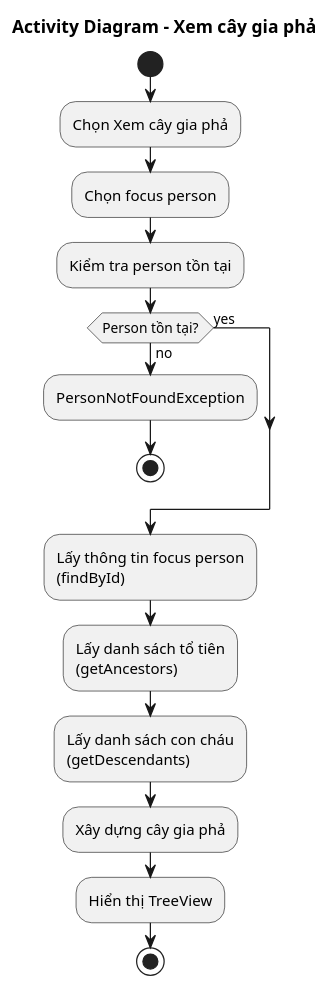
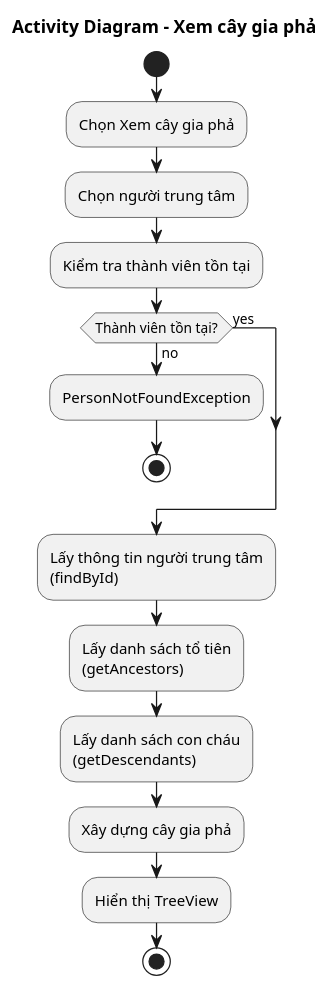
Before and after one commit to minhchien170704/do-an-gia-pha: the diagram in docs/uml/activity-family-tree.puml, drawn with PlantUML. The commit also changed 21 other files, not shown here.

First line of the commit message:
docs(uml): dịch toàn bộ sơ đồ sang tiếng Việt + bổ sung bộ test View Layer (#1)

```diff
--- a/docs/uml/activity-family-tree.puml
+++ b/docs/uml/activity-family-tree.puml
@@ -1,31 +1,31 @@
 @startuml activity-family-tree
 
 title Activity Diagram - Xem cây gia phả
 
 start
 
 :Chọn Xem cây gia phả;
 
-:Chọn focus person;
+:Chọn người trung tâm;
 
-:Kiểm tra person tồn tại;
+:Kiểm tra thành viên tồn tại;
 
-if (Person tồn tại?) then (yes)
+if (Thành viên tồn tại?) then (yes)
 else (no)
   :PersonNotFoundException;
   stop
 endif
 
-:Lấy thông tin focus person\n(findById);
+:Lấy thông tin người trung tâm\n(findById);
 
 :Lấy danh sách tổ tiên\n(getAncestors);
 
 :Lấy danh sách con cháu\n(getDescendants);
 
 :Xây dựng cây gia phả;
 
 :Hiển thị TreeView;
 
 stop
 
 @enduml
```
